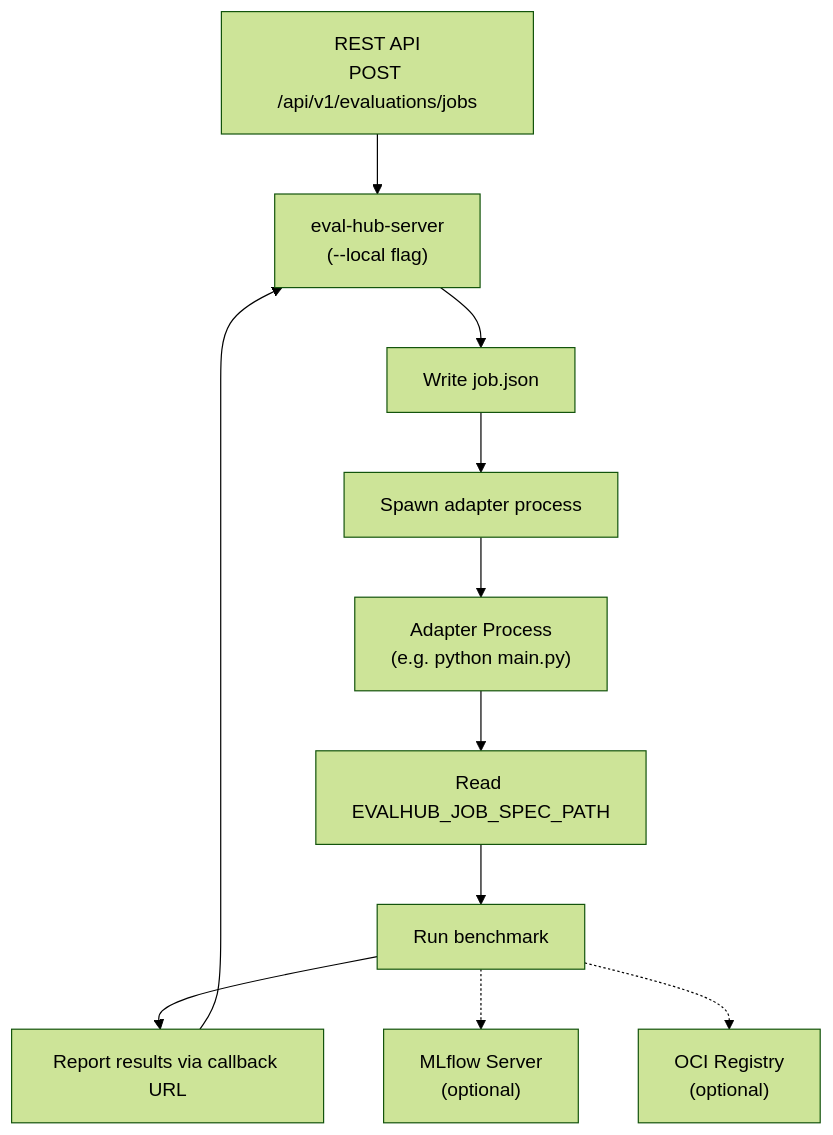
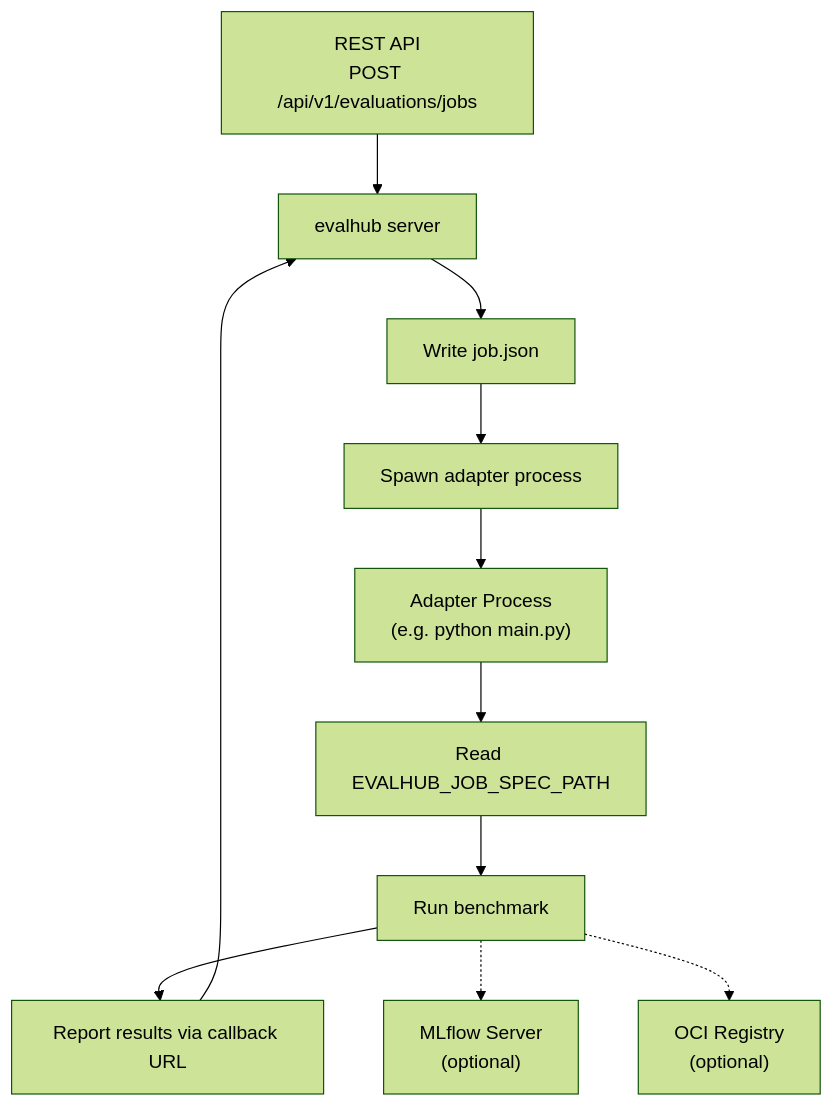
One commit to eval-hub/eval-hub.github.io changed the diagram in src/content/docs/guides/local-mode.mdx. Above: the diagram before and after it, drawn with Mermaid (forest theme). The commit also changed other lines of this file and 3 other files, not shown here.

First line of the commit message:
feat: evalhub CLI server & mcp Lifecycle managements with sdk>=0.4.3 (#91)

````diff
--- a/src/content/docs/guides/local-mode.mdx
+++ b/src/content/docs/guides/local-mode.mdx
@@ -71,13 +98,13 @@
 ```mermaid
 flowchart TD
-    A["REST API\nPOST /api/v1/evaluations/jobs"] --> B["eval-hub-server\n(--local flag)"]
+    A["REST API\nPOST /api/v1/evaluations/jobs"] --> B["evalhub server"]
     B --> C["Write job.json"]
     C --> D["Spawn adapter process"]
     D --> E["Adapter Process\n(e.g. python main.py)"]
     E --> F["Read EVALHUB_JOB_SPEC_PATH"]
     F --> G["Run benchmark"]
     G --> H["Report results via callback URL"]
     H --> B
     G -.-> I["MLflow Server\n(optional)"]
     G -.-> J["OCI Registry\n(optional)"]
 ```
````
